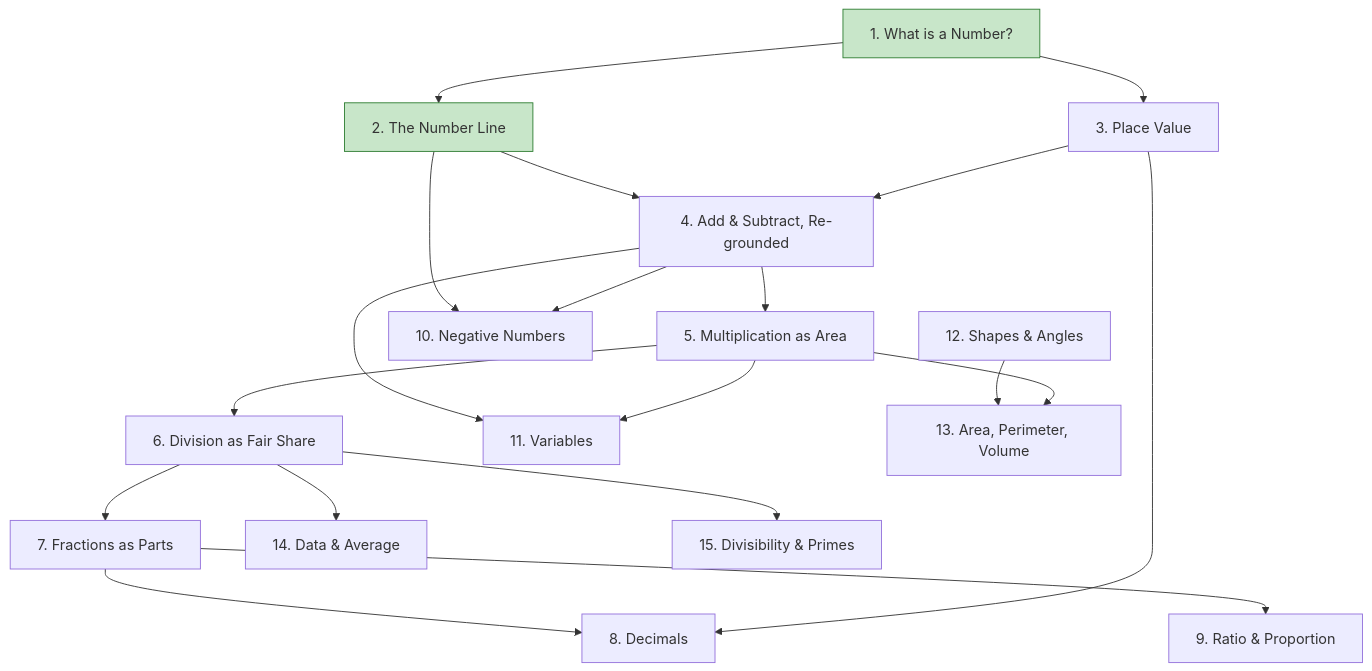
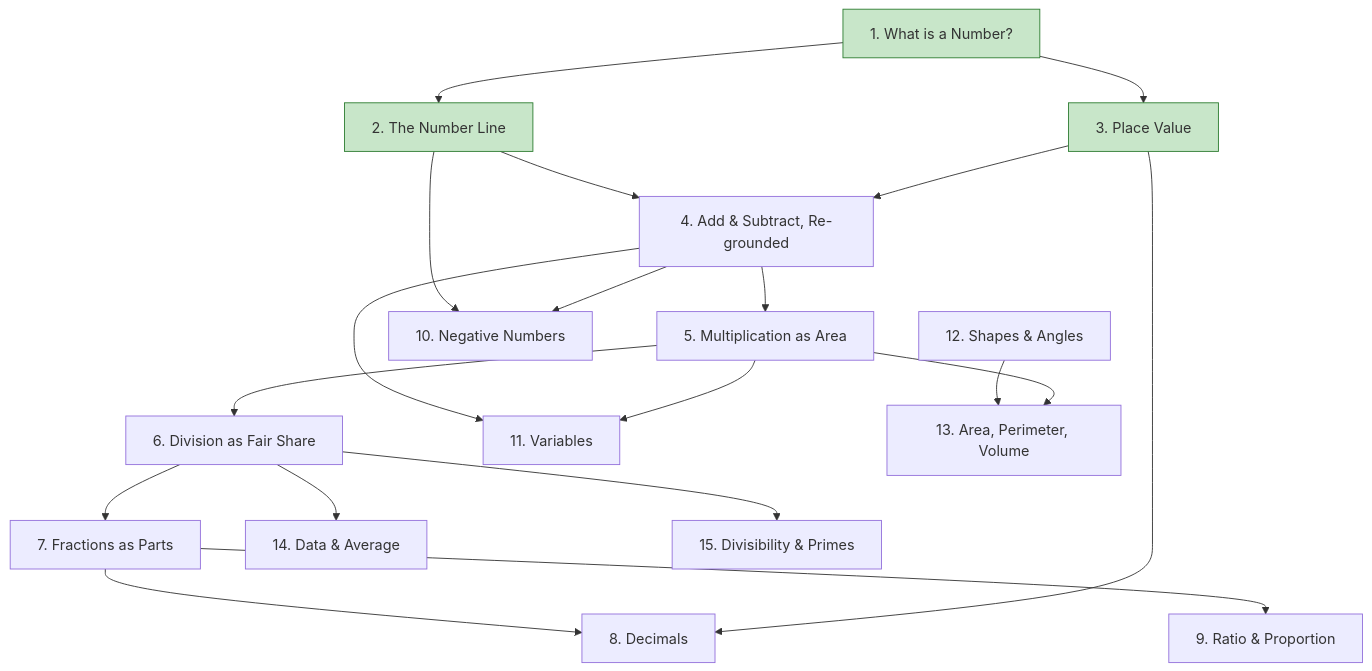
The diagram in lessons/tier-1-foundations/index.qmd (rajeshpillai/applied-maths), drawn with Mermaid before and after one commit. The commit also changed other lines of this file and 5 other files, not shown here.

````diff
--- a/lessons/tier-1-foundations/index.qmd
+++ b/lessons/tier-1-foundations/index.qmd
@@ -29,24 +29,24 @@
 ```{mermaid}
 flowchart TD
     A[1. What is a Number?] --> B[2. The Number Line]
     A --> C[3. Place Value]
     B --> D[4. Add & Subtract, Re-grounded]
     C --> D
     D --> E[5. Multiplication as Area]
     E --> F[6. Division as Fair Share]
     F --> G[7. Fractions as Parts]
     G --> H[8. Decimals]
     C --> H
     G --> I[9. Ratio & Proportion]
     B --> J[10. Negative Numbers]
     D --> J
     D --> K[11. Variables]
     E --> K
     L[12. Shapes & Angles] --> M[13. Area, Perimeter, Volume]
     E --> M
     F --> N[14. Data & Average]
     F --> O[15. Divisibility & Primes]
 
     classDef done fill:#c8e6c9,stroke:#2e7d32
-    class A,B done
+    class A,B,C done
 ```
````
